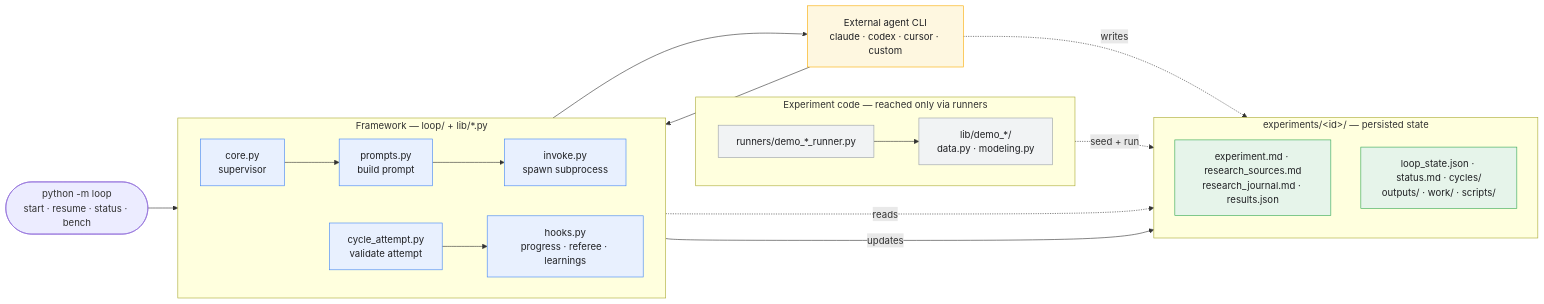
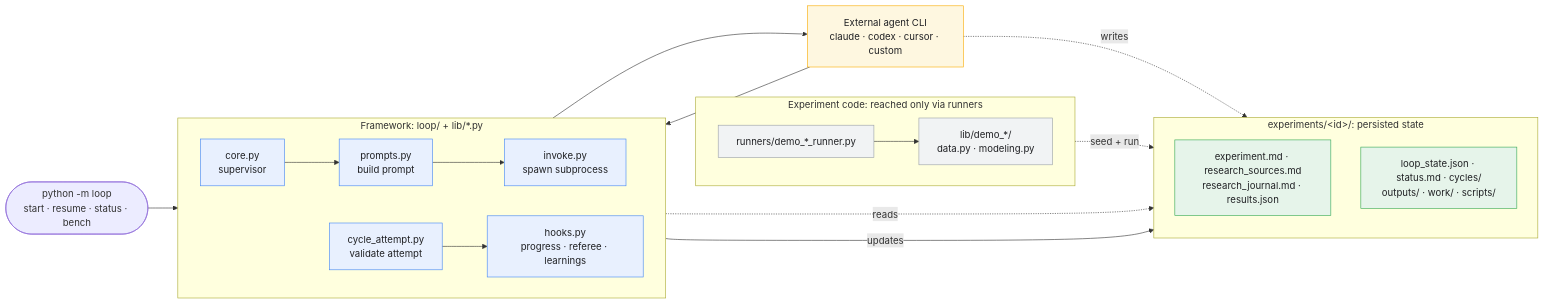
The first of 3 diagrams in .agents/docs/architecture.md (adamthuvesen/agentic-ml-loop), drawn with Mermaid before and after one commit. The commit also changed other lines of this file and 33 other files, not shown here.

````diff
--- a/.agents/docs/architecture.md
+++ b/.agents/docs/architecture.md
@@ -21,42 +21,42 @@
 ```mermaid
 flowchart LR
     CLI(["python -m loop<br/>start · resume · status · bench"])
 
-    subgraph fw ["Framework — loop/ + lib/*.py"]
+    subgraph fw ["Framework: loop/ + lib/*.py"]
         direction LR
         Core["core.py<br/>supervisor"]
         Prompts["prompts.py<br/>build prompt"]
         Invoke["invoke.py<br/>spawn subprocess"]
         Attempt["cycle_attempt.py<br/>validate attempt"]
         Hooks["hooks.py<br/>progress · referee · learnings"]
     end
 
     Agent["External agent CLI<br/>claude · codex · cursor · custom"]
 
-    subgraph store ["experiments/&lt;id&gt;/ — persisted state"]
+    subgraph store ["experiments/&lt;id&gt;/: persisted state"]
         direction TB
         SpecJournal["experiment.md · research_sources.md<br/>research_journal.md · results.json"]
         LoopState["loop_state.json · status.md · cycles/<br/>outputs/ · work/ · scripts/"]
     end
 
-    subgraph expcode ["Experiment code — reached only via runners"]
+    subgraph expcode ["Experiment code: reached only via runners"]
         direction LR
         Runners["runners/demo_*_runner.py"] --> Lib["lib/demo_*/<br/>data.py · modeling.py"]
     end
 
     CLI --> Core
     Core --> Prompts --> Invoke --> Agent --> Attempt --> Hooks
     Core -. reads .-> SpecJournal
     Agent -. writes .-> SpecJournal
     Hooks -- updates --> LoopState
     Runners -. seed + run .-> store
 
     classDef fwNode fill:#e8f0fe,stroke:#4285f4,color:#202124;
     classDef agentNode fill:#fef7e0,stroke:#f9ab00,color:#202124;
     classDef stateNode fill:#e6f4ea,stroke:#34a853,color:#202124;
     classDef codeNode fill:#f1f3f4,stroke:#9aa0a6,color:#202124;
     class Core,Prompts,Invoke,Attempt,Hooks fwNode;
     class Agent agentNode;
     class SpecJournal,LoopState stateNode;
     class Runners,Lib codeNode;
 ```
````
